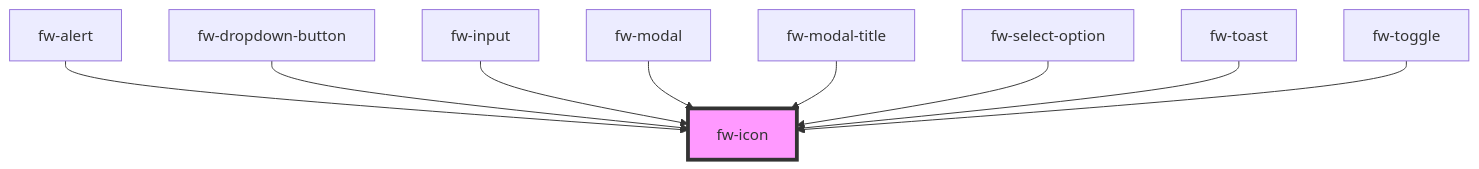
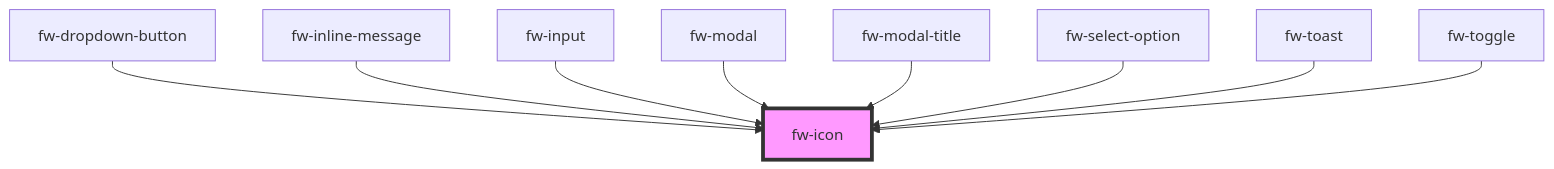
The diagram in packages/crayons-core/src/components/icon/readme.md (freshworks/crayons), drawn with Mermaid before and after one commit. The commit also changed other lines of this file and 8 other files, not shown here.

Commit message:
refactor(inline-message): renaming alert to inline-message

````diff
--- a/packages/crayons-core/src/components/icon/readme.md
+++ b/packages/crayons-core/src/components/icon/readme.md
@@ -47,12 +40,12 @@
 ```mermaid
 graph TD;
-  fw-alert --> fw-icon
   fw-dropdown-button --> fw-icon
+  fw-inline-message --> fw-icon
   fw-input --> fw-icon
   fw-modal --> fw-icon
   fw-modal-title --> fw-icon
   fw-select-option --> fw-icon
   fw-toast --> fw-icon
   fw-toggle --> fw-icon
   style fw-icon fill:#f9f,stroke:#333,stroke-width:4px
 ```
````
